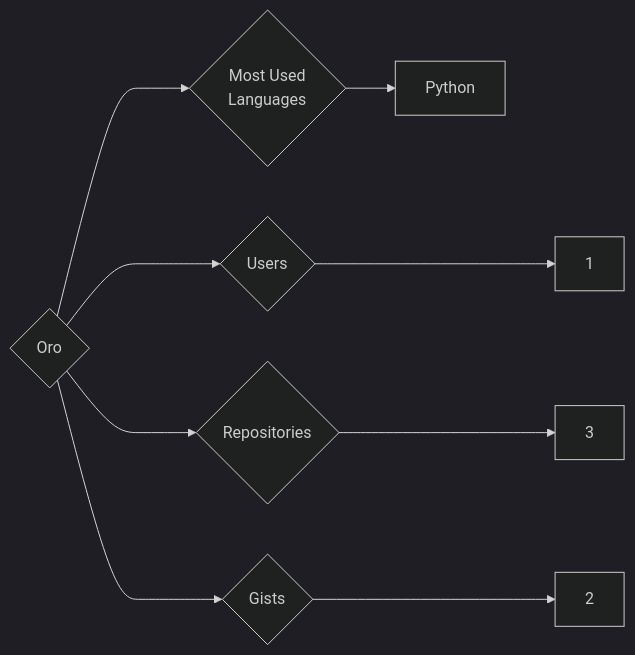
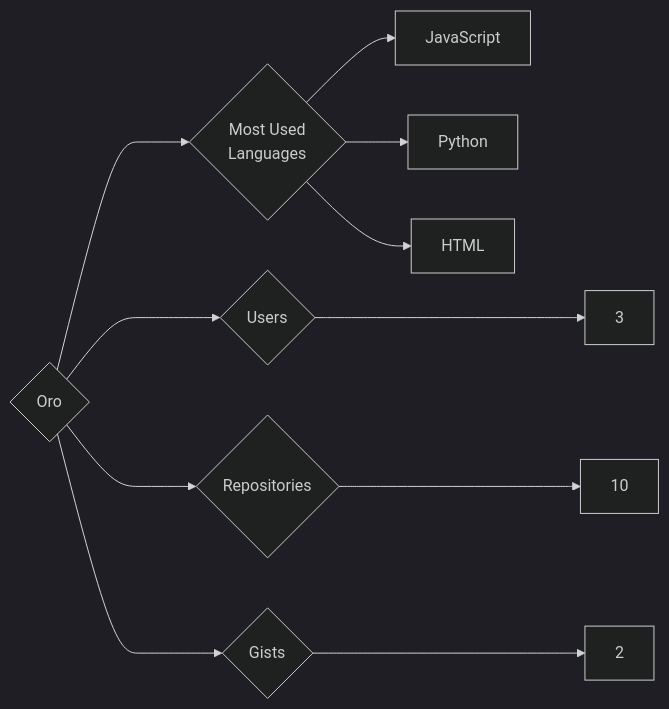
Before and after one commit to trickest/insiders: the diagram in targets/Oro/README.md, drawn with Mermaid (dark theme). The commit also changed 725 other files, not shown here.

````diff
--- a/targets/Oro/README.md
+++ b/targets/Oro/README.md
@@ -3,9 +3,11 @@
 ```mermaid
 graph LR
 COMPANY_NAME{Oro}
-COMPANY_NAME ---> U{Users} ---> UN[1]
-COMPANY_NAME ---> R{Repositories} ---> RN[3]
+COMPANY_NAME ---> U{Users} ---> UN[3]
+COMPANY_NAME ---> R{Repositories} ---> RN[10]
 COMPANY_NAME ---> G{Gists} ---> GN[2]
 COMPANY_NAME ---> ML{Most Used<br>Languages}
+ML --> JavaScript[JavaScript]
 ML --> Python[Python]
+ML --> HTML[HTML]
 ```
````
